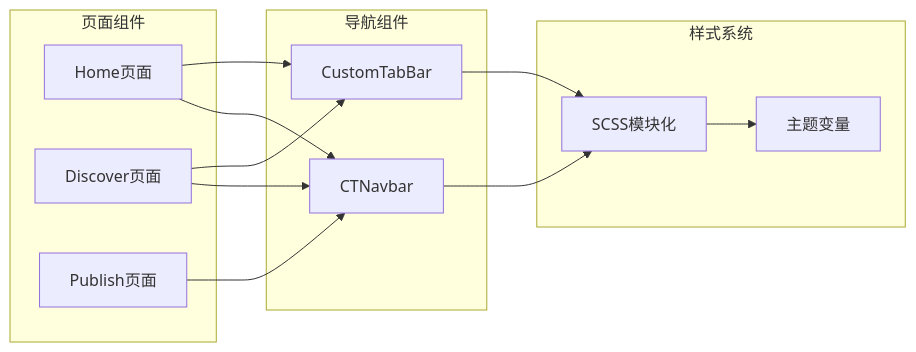
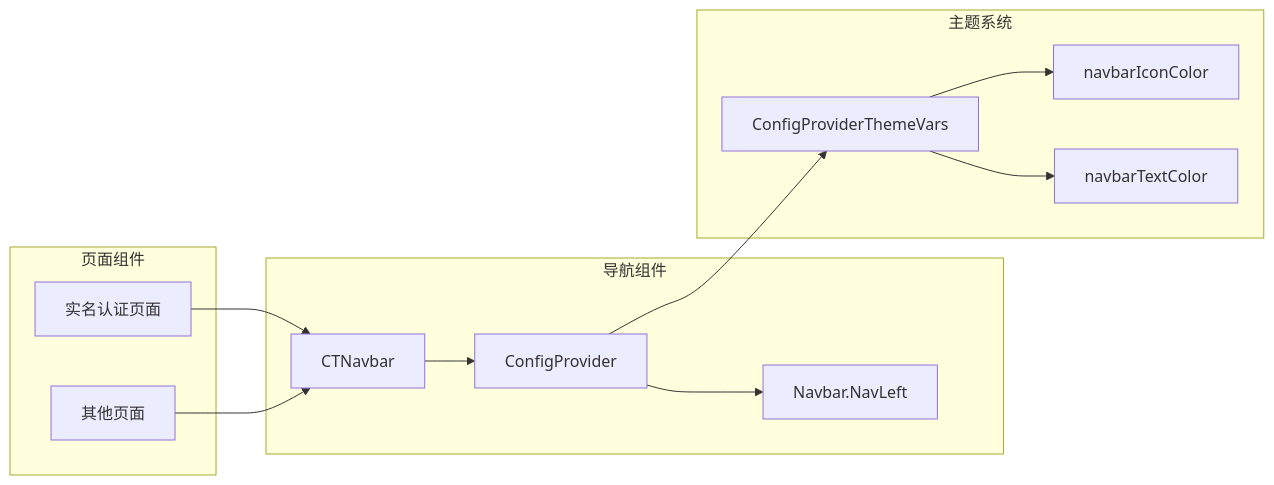
One commit to zuolinbao/redbook changed the sixth of 8 diagrams in .qoder/repowiki/zh/content/UI组件库/CTNavbar跨平台导航栏组件.md. Above: the diagram before and after it, drawn with Mermaid. The commit also changed other lines of this file and 4 other files, not shown here.

````diff
--- a/.qoder/repowiki/zh/content/UI组件库/CTNavbar跨平台导航栏组件.md
+++ b/.qoder/repowiki/zh/content/UI组件库/CTNavbar跨平台导航栏组件.md
@@ -271,24 +251,24 @@
 ```mermaid
 graph LR
 subgraph "页面组件"
-A[Home页面]
-B[Discover页面]
-C[Publish页面]
+A[实名认证页面]
+B[其他页面]
 end
 subgraph "导航组件"
-D[CTNavbar]
-E[CustomTabBar]
+C[CTNavbar]
+D[ConfigProvider]
+E[Navbar.NavLeft]
 end
-subgraph "样式系统"
-F[SCSS模块化]
-G[主题变量]
+subgraph "主题系统"
+F[ConfigProviderThemeVars]
+G[navbarIconColor]
+H[navbarTextColor]
 end
-A --> D
-A --> E
-B --> D
-B --> E
+A --> C
 C --> D
+D --> E
 D --> F
-E --> F
 F --> G
+F --> H
+B --> C
 ```
````
